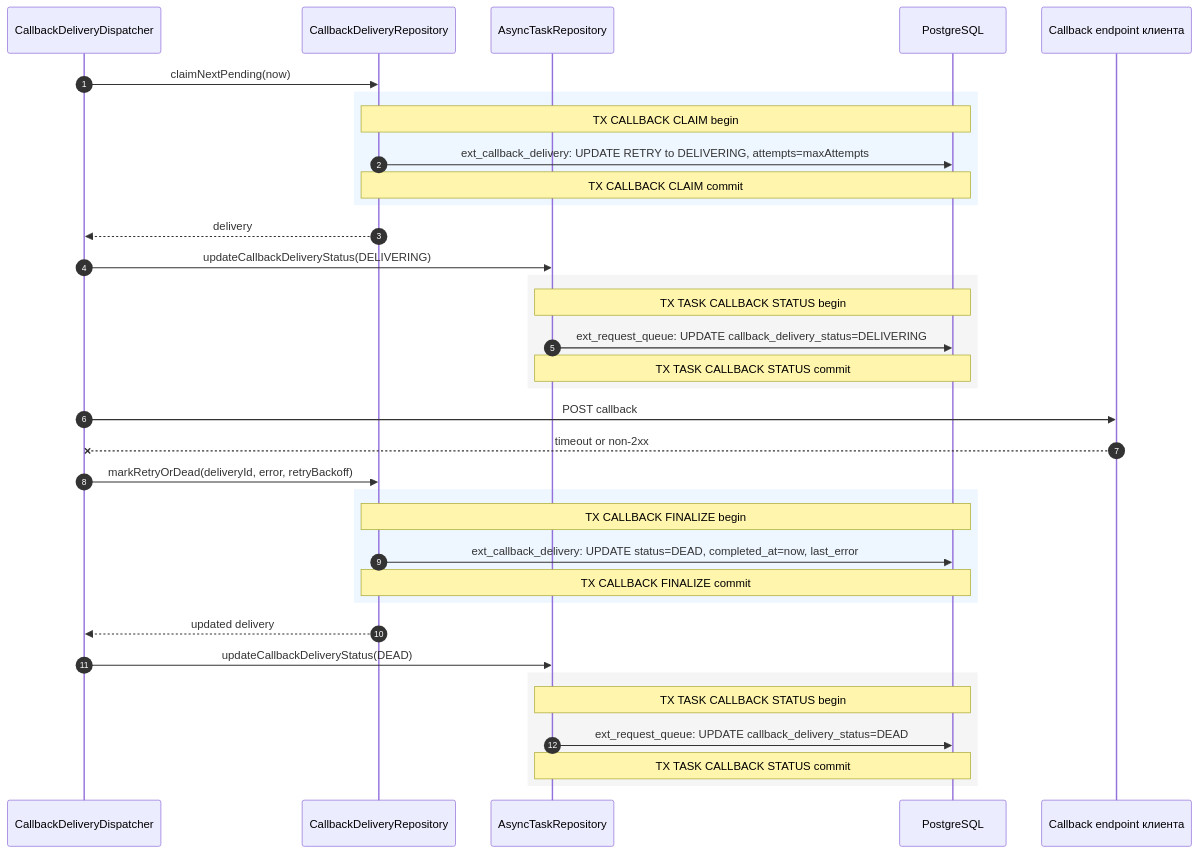
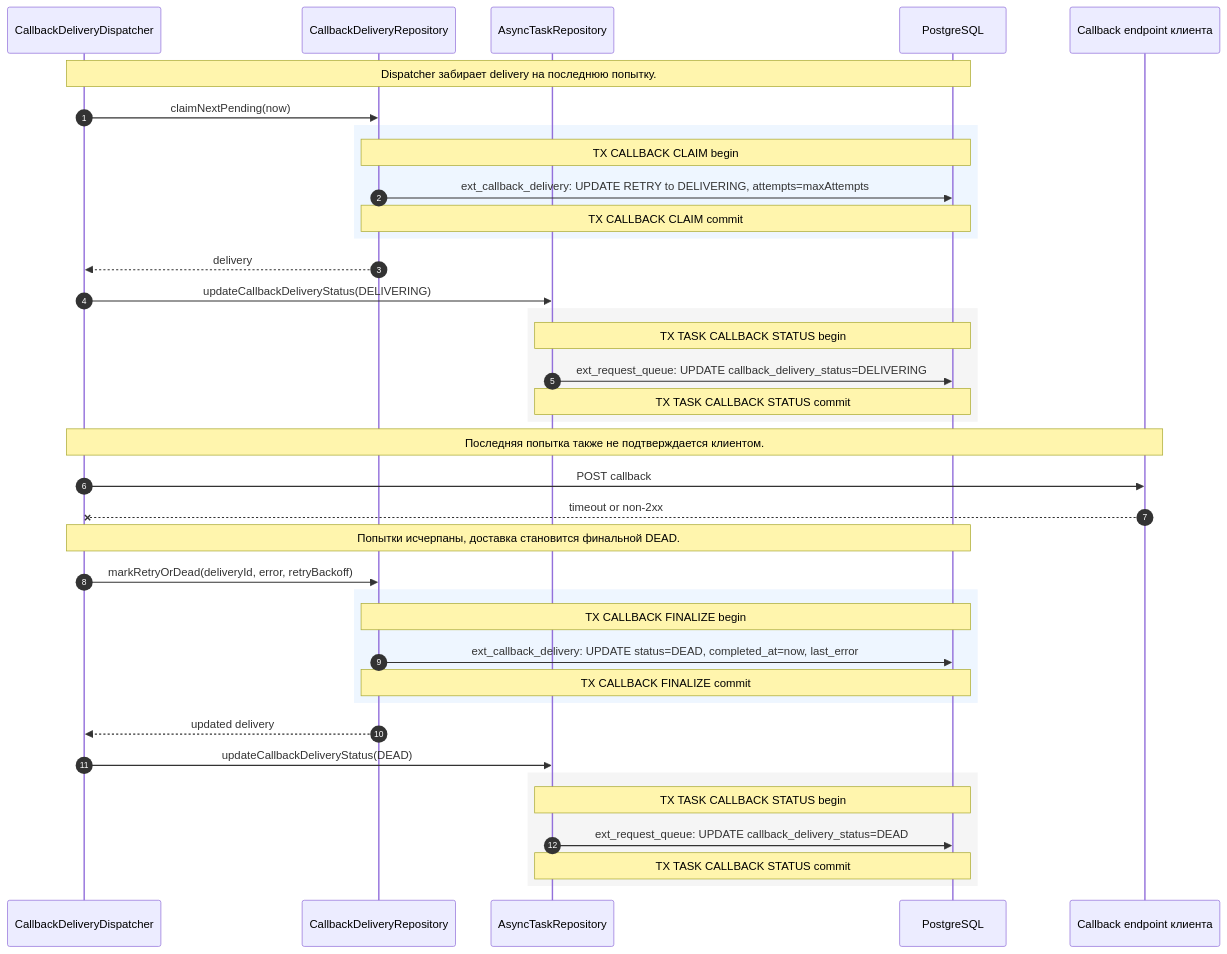
One commit to DenisVanin4402/TestQwenCli changed the third of 6 diagrams in docs/external-service-gateway/architecture/07-sequence-callback.md. Above: the diagram before and after it, drawn with Mermaid. The commit also changed other lines of this file and 2 other files, not shown here.

Commit message:
диаграммы обновлены детализацией sequence

````diff
--- a/docs/external-service-gateway/architecture/07-sequence-callback.md
+++ b/docs/external-service-gateway/architecture/07-sequence-callback.md
@@ -98,38 +151,41 @@
 ```mermaid
 sequenceDiagram
     autonumber
     participant Dispatcher as CallbackDeliveryDispatcher
     participant Deliveries as CallbackDeliveryRepository
     participant Tasks as AsyncTaskRepository
     participant DB as PostgreSQL
     participant Client as Callback endpoint клиента
 
+    Note over Dispatcher,DB: Dispatcher забирает delivery на последнюю попытку.
     Dispatcher->>Deliveries: claimNextPending(now)
     rect rgb(238, 246, 255)
         Note over Deliveries,DB: TX CALLBACK CLAIM begin
         Deliveries->>DB: ext_callback_delivery: UPDATE RETRY to DELIVERING, attempts=maxAttempts
         Note over Deliveries,DB: TX CALLBACK CLAIM commit
     end
     Deliveries-->>Dispatcher: delivery
     Dispatcher->>Tasks: updateCallbackDeliveryStatus(DELIVERING)
     rect rgb(245, 245, 245)
         Note over Tasks,DB: TX TASK CALLBACK STATUS begin
         Tasks->>DB: ext_request_queue: UPDATE callback_delivery_status=DELIVERING
         Note over Tasks,DB: TX TASK CALLBACK STATUS commit
     end
+    Note over Dispatcher,Client: Последняя попытка также не подтверждается клиентом.
     Dispatcher->>Client: POST callback
     Client--xDispatcher: timeout or non-2xx
+    Note over Dispatcher,DB: Попытки исчерпаны, доставка становится финальной DEAD.
     Dispatcher->>Deliveries: markRetryOrDead(deliveryId, error, retryBackoff)
     rect rgb(238, 246, 255)
         Note over Deliveries,DB: TX CALLBACK FINALIZE begin
         Deliveries->>DB: ext_callback_delivery: UPDATE status=DEAD, completed_at=now, last_error
         Note over Deliveries,DB: TX CALLBACK FINALIZE commit
     end
     Deliveries-->>Dispatcher: updated delivery
     Dispatcher->>Tasks: updateCallbackDeliveryStatus(DEAD)
     rect rgb(245, 245, 245)
         Note over Tasks,DB: TX TASK CALLBACK STATUS begin
         Tasks->>DB: ext_request_queue: UPDATE callback_delivery_status=DEAD
         Note over Tasks,DB: TX TASK CALLBACK STATUS commit
     end
 ```
````
